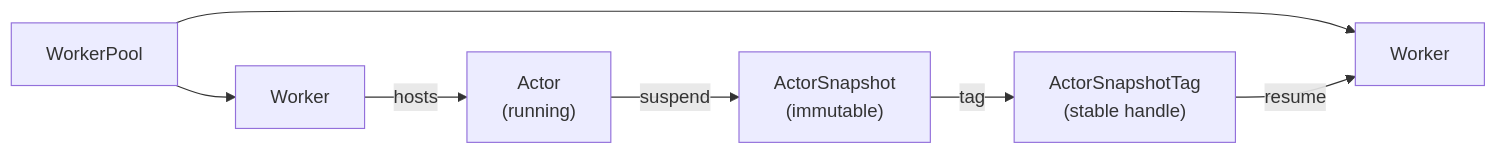
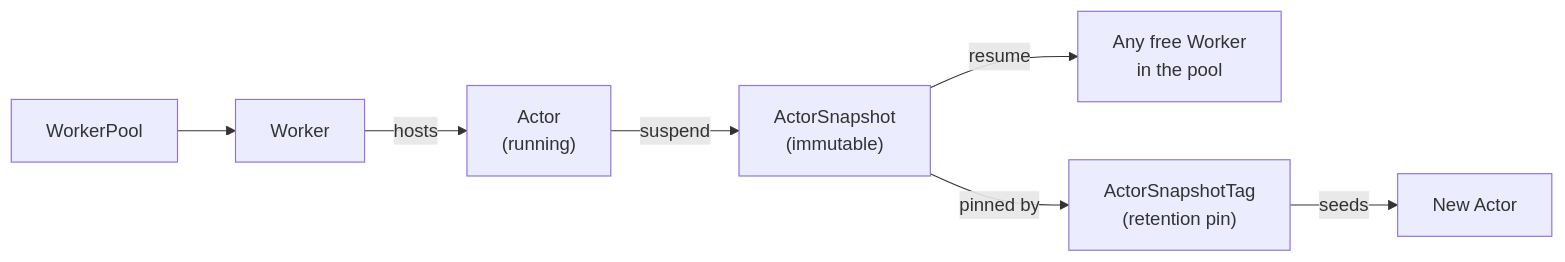
One commit to Rachael-Graham/website-1.0 changed the diagram in docs-site/content/kagent/1.x/about/agent-substrate.md. Above: the diagram before and after it, drawn with Mermaid. The commit also changed other lines of this file, not shown here.

First line of the commit message:
Redraw the suspend-and-resume diagram to show both snapshot paths

````diff
--- a/docs-site/content/kagent/1.x/about/agent-substrate.md
+++ b/docs-site/content/kagent/1.x/about/agent-substrate.md
@@ -39,9 +34,9 @@
 ```mermaid
 flowchart LR
     pool["WorkerPool"] --> worker1["Worker"]
-    pool --> worker2["Worker"]
     worker1 -->|hosts| actor["Actor<br>(running)"]
     actor -->|suspend| snapshot["ActorSnapshot<br>(immutable)"]
-    snapshot -->|tag| tag["ActorSnapshotTag<br>(stable handle)"]
-    tag -->|resume| worker2
+    snapshot -->|resume| worker2["Any free Worker<br>in the pool"]
+    snapshot -->|pinned by| tag["ActorSnapshotTag<br>(retention pin)"]
+    tag -->|seeds| newactor["New Actor"]
 ```
````
